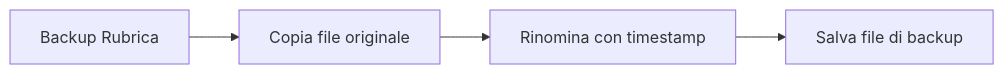
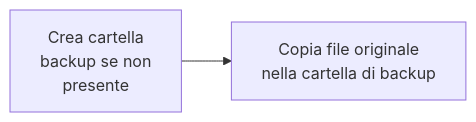
One commit to FabriceGhislain7/rubrica_telefonica changed the seventh of 7 diagrams in README.md. Above: the diagram before and after it, drawn with Mermaid. The commit also changed other lines of this file and 5 other files, not shown here.

````diff
--- a/README.md
+++ b/README.md
@@ -194,7 +197,7 @@
 ```mermaid
 flowchart LR
-    A[Backup Rubrica] --> B[Copia file originale]
-    B --> C[Rinomina con timestamp]
-    C --> D[Salva file di backup]
-
+    A[Crea cartella
+     backup se non 
+     presente] --> B[Copia file originale
+     nella cartella di backup]
 ```
````
